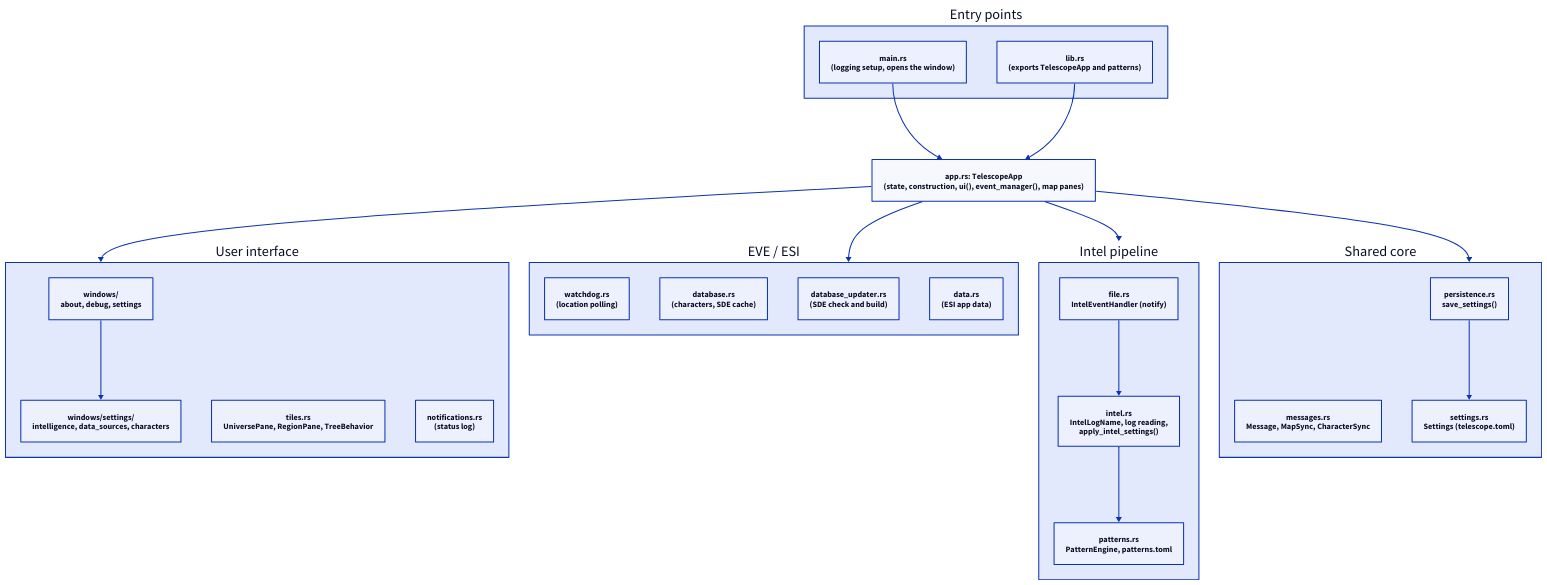
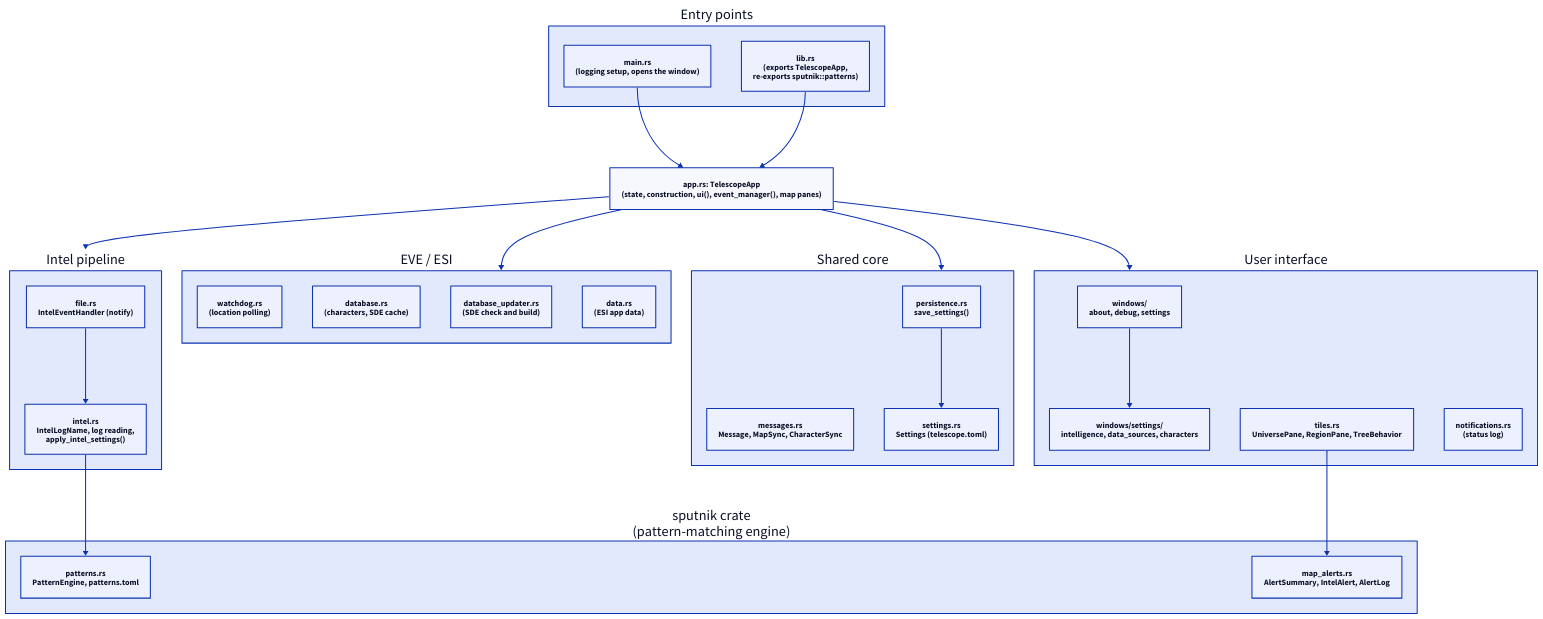
Before and after one commit to rafaga/telescope: the diagram in docs/architecture/modules.d2, drawn with D2. The commit also changed 8 other files, not shown here.

```diff
--- a/docs/architecture/modules.d2
+++ b/docs/architecture/modules.d2
@@ -1,45 +1,50 @@
 direction: down
 
 entry: "Entry points" {
   main: "main.rs\n(logging setup, opens the window)"
-  lib: "lib.rs\n(exports TelescopeApp and patterns)"
+  lib: "lib.rs\n(exports TelescopeApp,\nre-exports sputnik::patterns)"
 }
 
 app: "app.rs: TelescopeApp\n(state, construction, ui(), event_manager(), map panes)"
 
 ui: "User interface" {
   windows: "windows/\nabout, debug, settings"
   pages: "windows/settings/\nintelligence, data_sources, characters"
   tiles: "tiles.rs\nUniversePane, RegionPane, TreeBehavior"
   notifications: "notifications.rs\n(status log)"
   windows -> pages
 }
 
 intel: "Intel pipeline" {
   file: "file.rs\nIntelEventHandler (notify)"
   reader: "intel.rs\nIntelLogName, log reading,\napply_intel_settings()"
+  file -> reader
+}
+
+sputnik: "sputnik crate\n(pattern-matching engine)" {
   patterns: "patterns.rs\nPatternEngine, patterns.toml"
-  file -> reader
-  reader -> patterns
+  map_alerts: "map_alerts.rs\nAlertSummary, IntelAlert, AlertLog"
 }
 
 eve: "EVE / ESI" {
   watchdog: "watchdog.rs\n(location polling)"
   database: "database.rs\n(characters, SDE cache)"
   updater: "database_updater.rs\n(SDE check and build)"
   data: "data.rs\n(ESI app data)"
 }
 
 core: "Shared core" {
   messages: "messages.rs\nMessage, MapSync, CharacterSync"
   settings: "settings.rs\nSettings (telescope.toml)"
   persistence: "persistence.rs\nsave_settings()"
   persistence -> settings
 }
 
 entry.main -> app
 entry.lib -> app
 app -> ui
 app -> intel
 app -> eve
 app -> core
+intel.reader -> sputnik.patterns
+ui.tiles -> sputnik.map_alerts
```
